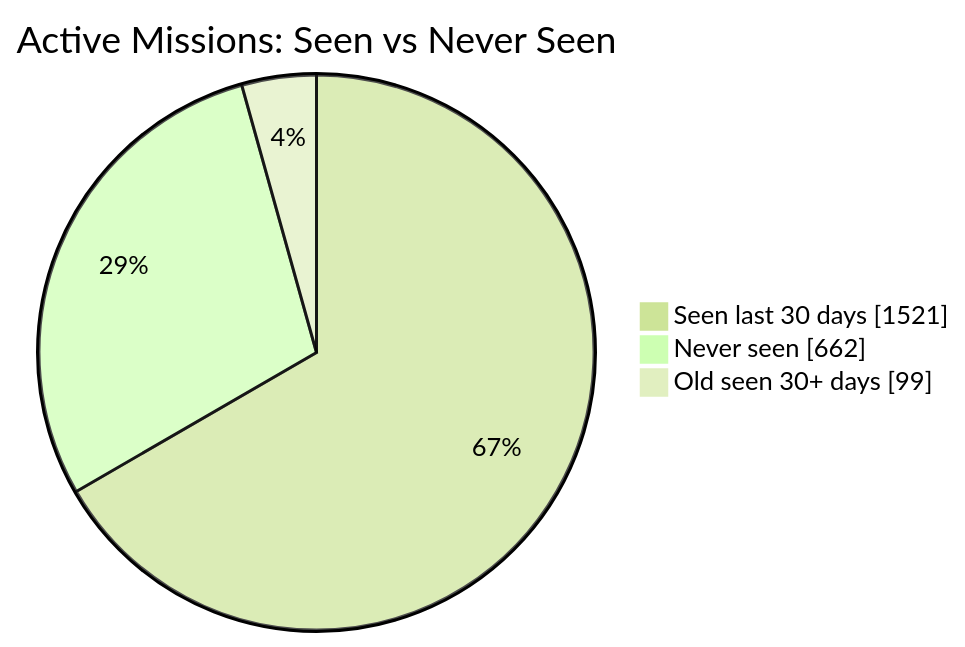
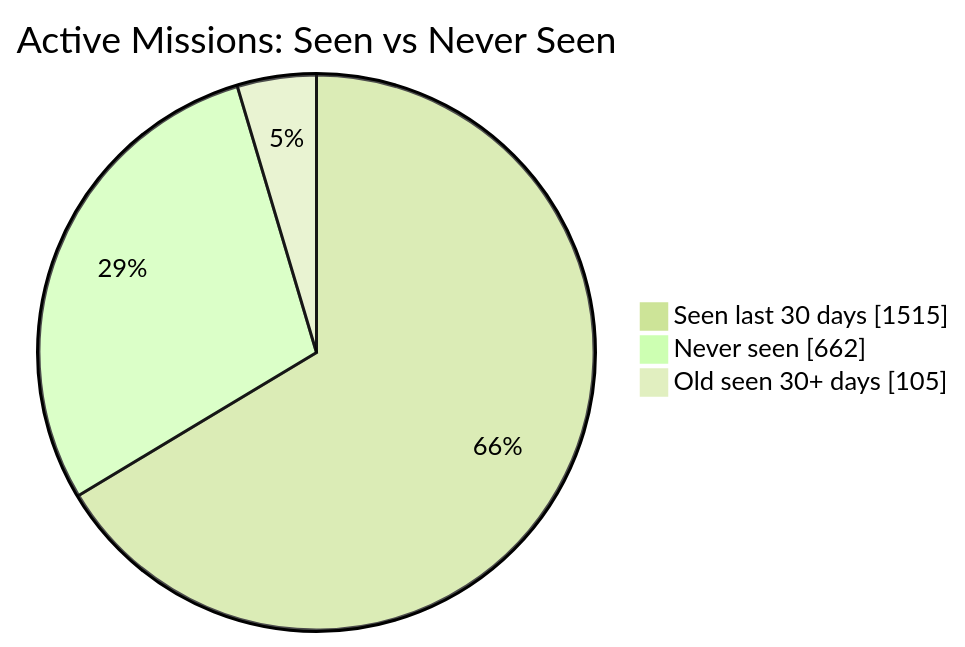
Before and after one commit to MeldkamerspelGameTeam/active-missions: the first of 2 diagrams in README.md, drawn with Mermaid (forest theme). The commit also changed other lines of this file and 2 other files, not shown here.

````diff
--- a/README.md
+++ b/README.md
@@ -34,7 +34,7 @@
 ```mermaid
 pie showData
     title Active Missions: Seen vs Never Seen
-    "Seen last 30 days" : 1521
+    "Seen last 30 days" : 1515
     "Never seen" : 662
-    "Old seen 30+ days" : 99
+    "Old seen 30+ days" : 105
 ```
````
